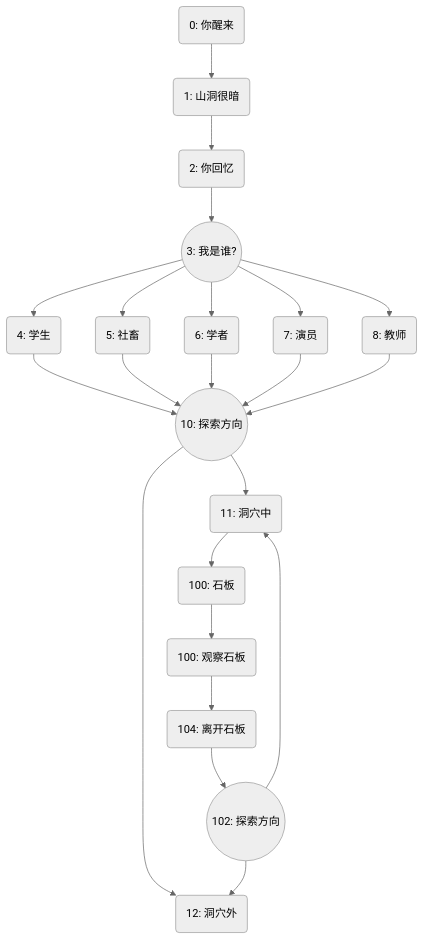
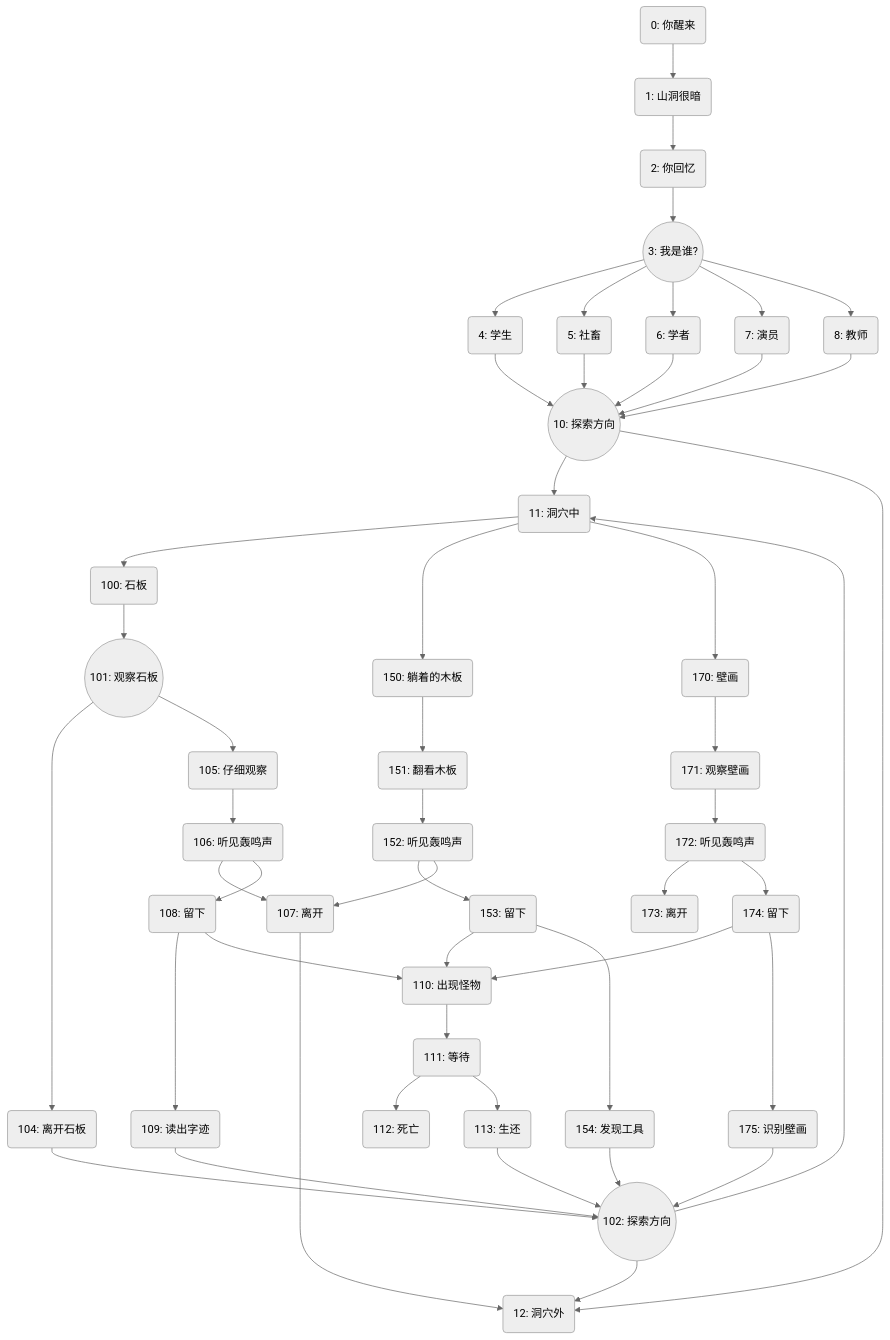
One commit to FrightenedFoxCN/OOP_capolization changed the diagram in assets/story_p1.md. Above: the diagram before and after it, drawn with Mermaid (neutral theme).

Commit message:
Dialog complete in cave

````diff
--- a/assets/story_p1.md
+++ b/assets/story_p1.md
@@ -1,24 +1,52 @@
 ```mermaid
 graph TD;
 00000(0: 你醒来) --> 00001(1: 山洞很暗);
 00001 --> 00002(2: 你回忆);
 00002 --> 00003((3: 我是谁?));
 00003 --> 00004(4: 学生);
 00003 --> 00005(5: 社畜);
 00003 --> 00006(6: 学者);
 00003 --> 00007(7: 演员);
 00003 --> 00008(8: 教师);
 00004 --> 00010((10: 探索方向));
 00005 --> 00010;
 00006 --> 00010;
 00007 --> 00010;
 00008 --> 00010;
 00010 --> 00011(11: 洞穴中);
 00010 --> 00012(12: 洞穴外);
 00011 --> 00100(100: 石板);
-00100 --> 00101(100: 观察石板);
+00011 --> 00150(150: 躺着的木板);
+00150 --> 00151(151: 翻看木板);
+00151 --> 00152(152: 听见轰鸣声);
+00152 --> 00153(153: 留下);
+00152 --> 00107;
+00153 --> 00110;
+00153 --> 00154(154: 发现工具);
+00154 --> 00102;
+00100 --> 00101((101: 观察石板));
 00101 --> 00104(104: 离开石板);
 00102 --> 00011;
 00102 --> 00012;
 00104 --> 00102((102: 探索方向));
+00101 --> 00105(105: 仔细观察);
+00105 --> 00106(106: 听见轰鸣声);
+00106 --> 00107(107: 离开);
+00107 --> 00012;
+00106 --> 00108(108: 留下);
+00108 --> 00109(109: 读出字迹);
+00109 --> 00102;
+00108 --> 00110(110: 出现怪物);
+00110 --> 00111(111: 等待);
+00111 --> 00112(112: 死亡);
+00111 --> 00113(113: 生还);
+00113 --> 00102;
+00011 --> 00170(170: 壁画);
+00170 --> 00171(171: 观察壁画);
+00171 --> 00172(172: 听见轰鸣声);
+00172 --> 00173(173: 离开);
+00172 --> 00174(174: 留下);
+00174 --> 00110;
+00174 --> 00175(175: 识别壁画);
+00175 --> 00102;
 ```
````
